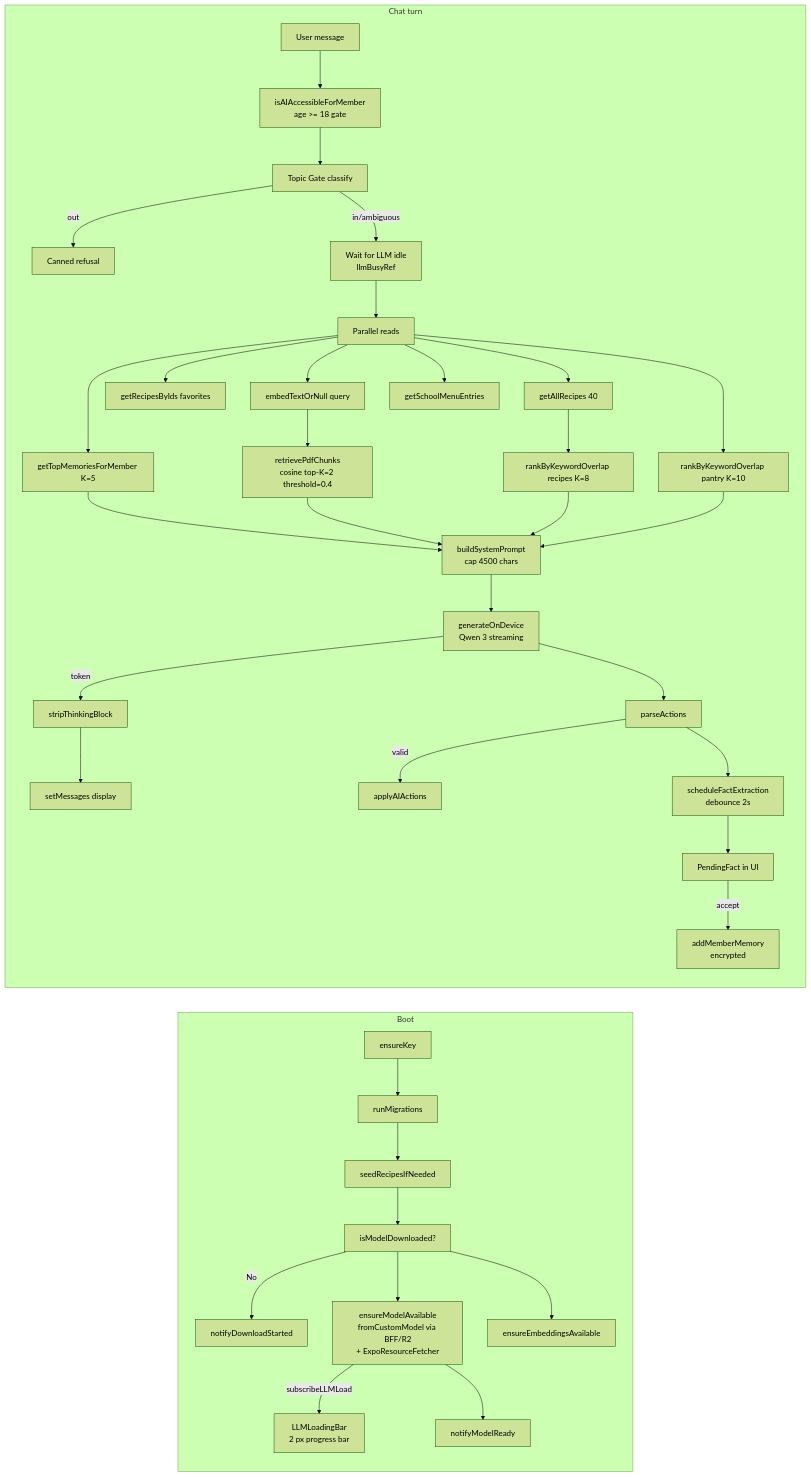
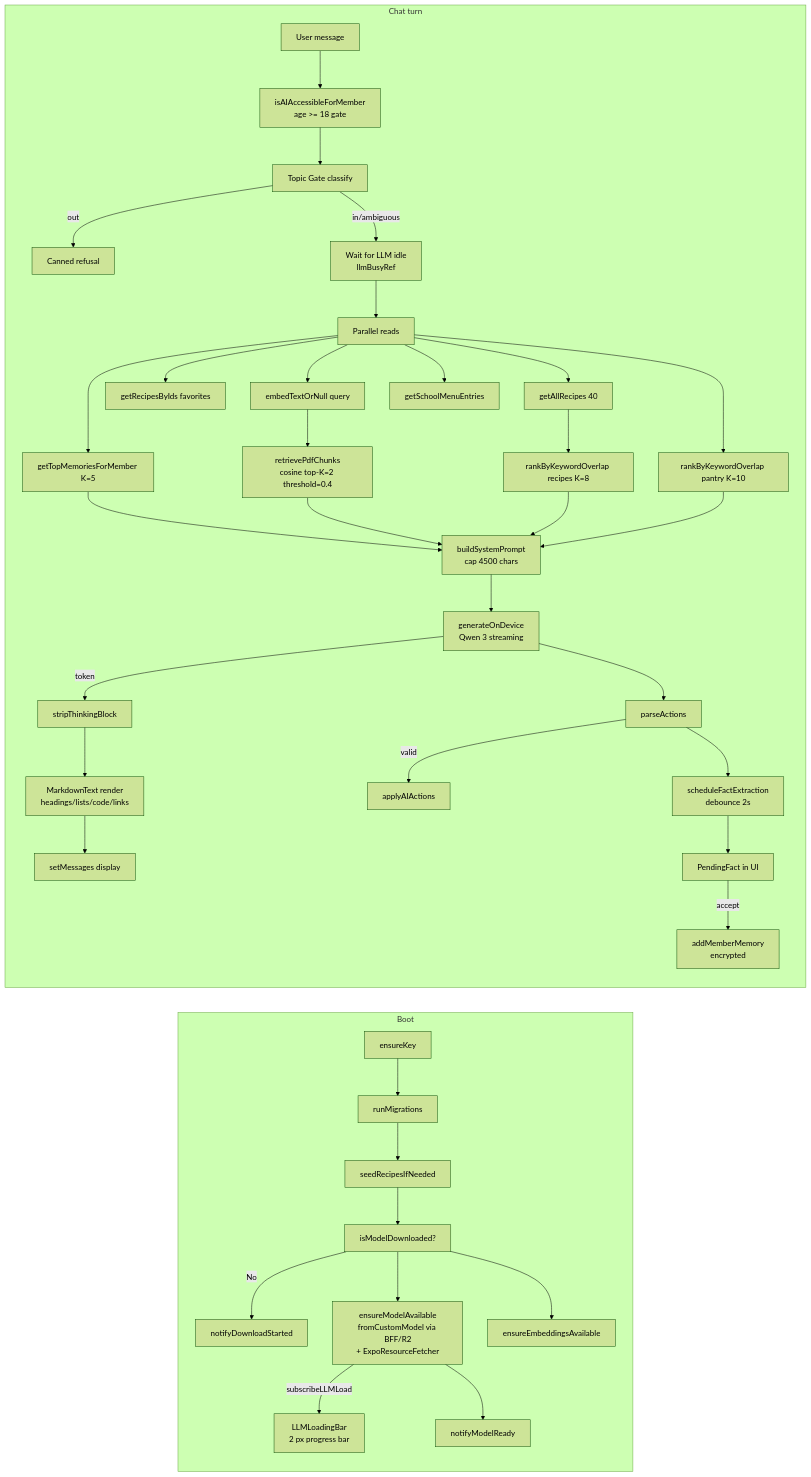
One commit to antonionc/nutrIAssistant changed the first of 3 diagrams in docs/data-architecture/04-ai-architecture.md. Above: the diagram before and after it, drawn with Mermaid (forest theme). The commit also changed other lines of this file and 9 other files, not shown here.

Commit message:
Documentation update and code refactor. audited gaps, updated the BFF README, six data-architecture docs, the root README, and two component   docstrings. Next action: review the changes and decide what to commit.

````diff
--- a/docs/data-architecture/04-ai-architecture.md
+++ b/docs/data-architecture/04-ai-architecture.md
@@ -29,40 +31,41 @@
 ```mermaid
 flowchart LR
     subgraph Boot[Boot]
         B1[ensureKey] --> B2[runMigrations] --> B3[seedRecipesIfNeeded]
         B3 --> B4[isModelDownloaded?]
         B4 -- No --> B5[notifyDownloadStarted]
         B4 --> B6[ensureModelAvailable<br/>fromCustomModel via BFF/R2<br/>+ ExpoResourceFetcher]
         B6 -- subscribeLLMLoad --> Bar[LLMLoadingBar<br/>2 px progress bar]
         B6 --> B7[notifyModelReady]
         B4 --> B8[ensureEmbeddingsAvailable]
     end
 
     subgraph Chat[Chat turn]
         Q[User message] --> AG[isAIAccessibleForMember<br/>age >= 18 gate]
         AG --> TG[Topic Gate classify]
         TG -- out --> Refusal[Canned refusal]
         TG -- in/ambiguous --> WB[Wait for LLM idle<br/>llmBusyRef]
         WB --> R0[Parallel reads]
         R0 --> R1[getAllRecipes 40]
         R0 --> R2[getRecipesByIds favorites]
         R0 --> R3[getTopMemoriesForMember K=5]
         R0 --> R4[embedTextOrNull query]
         R0 --> R5[getSchoolMenuEntries]
         R4 --> Ret[retrievePdfChunks<br/>cosine top-K=2 threshold=0.4]
         R1 --> RK[rankByKeywordOverlap recipes K=8]
         R0 --> RP[rankByKeywordOverlap pantry K=10]
         R3 --> BP[buildSystemPrompt<br/>cap 4500 chars]
         Ret --> BP
         RK --> BP
         RP --> BP
         BP --> Gen[generateOnDevice<br/>Qwen 3 streaming]
         Gen -- token --> Strip[stripThinkingBlock]
-        Strip --> UI[setMessages display]
+        Strip --> MD[MarkdownText render<br/>headings/lists/code/links]
+        MD --> UI[setMessages display]
         Gen --> Parse[parseActions]
         Parse -- valid --> ApplyAct[applyAIActions]
         Parse --> FX[scheduleFactExtraction<br/>debounce 2s]
         FX --> Pend[PendingFact in UI]
         Pend -- accept --> AddMem[addMemberMemory<br/>encrypted]
     end
 ```
````
